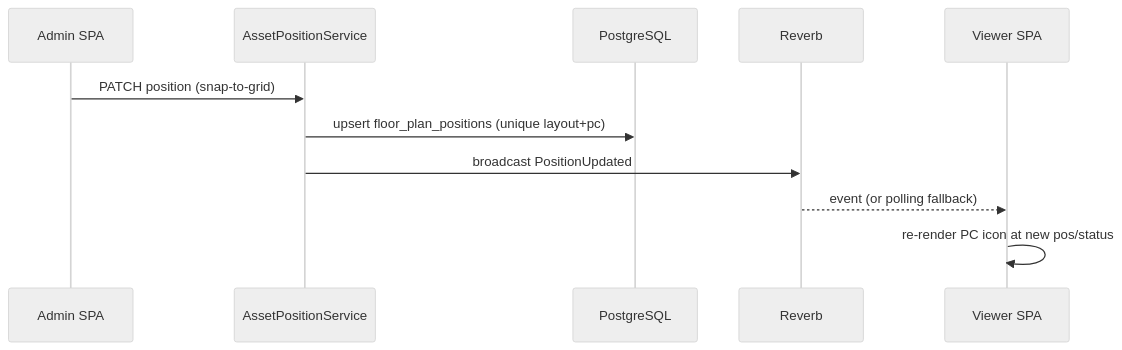
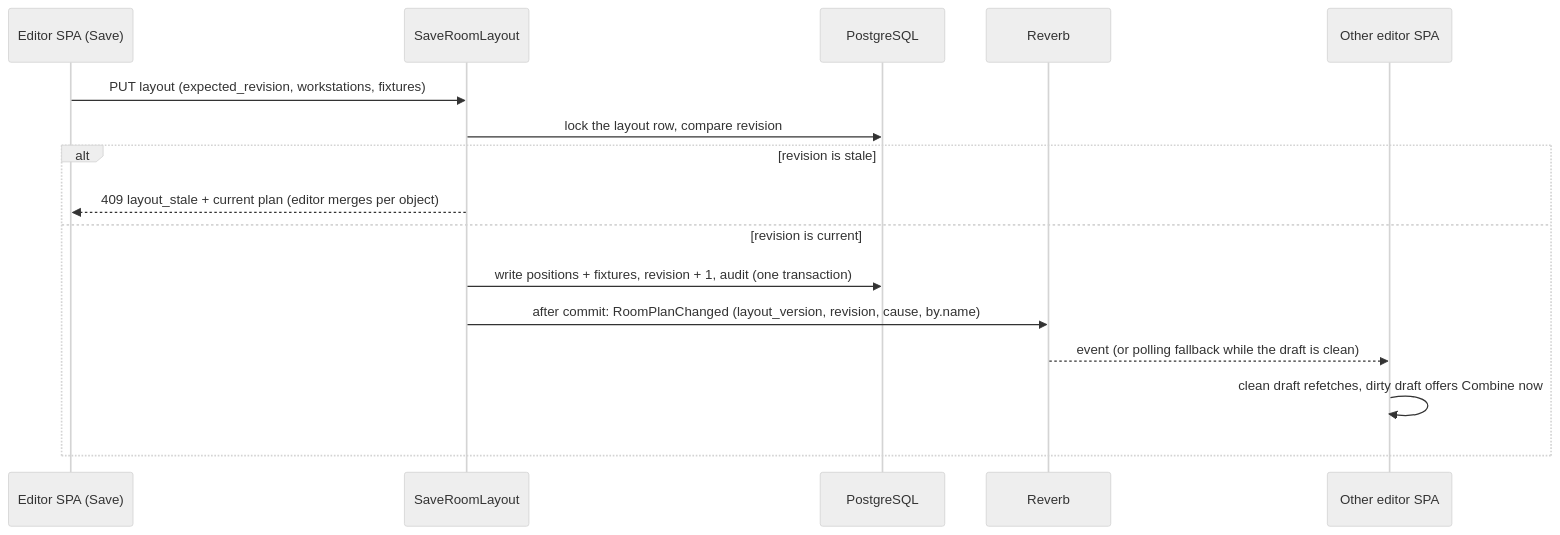
The diagram in docs/diagrams/source/sdd-07-real-time-floor-plan-update-p4.mmd (im-Scrat/SccITTicketSys), drawn with Mermaid (neutral theme) before and after one commit. The commit also changed 17 other files, not shown here.

```diff
--- a/docs/diagrams/source/sdd-07-real-time-floor-plan-update-p4.mmd
+++ b/docs/diagrams/source/sdd-07-real-time-floor-plan-update-p4.mmd
@@ -1,11 +1,16 @@
 sequenceDiagram
-  participant A as Admin SPA
-  participant L as AssetPositionService
+  participant A as Editor SPA (Save)
+  participant S as SaveRoomLayout
   participant DB as PostgreSQL
   participant RV as Reverb
-  participant V as Viewer SPA
-  A->>L: PATCH position (snap-to-grid)
-  L->>DB: upsert floor_plan_positions (unique layout+pc)
-  L->>RV: broadcast PositionUpdated
-  RV-->>V: event (or polling fallback)
-  V->>V: re-render PC icon at new pos/status
+  participant V as Other editor SPA
+  A->>S: PUT layout (expected_revision, workstations, fixtures)
+  S->>DB: lock the layout row, compare revision
+  alt revision is stale
+    S-->>A: 409 layout_stale + current plan (editor merges per object)
+  else revision is current
+    S->>DB: write positions + fixtures, revision + 1, audit (one transaction)
+    S->>RV: after commit: RoomPlanChanged (layout_version, revision, cause, by.name)
+    RV-->>V: event (or polling fallback while the draft is clean)
+    V->>V: clean draft refetches, dirty draft offers Combine now
+  end
```
